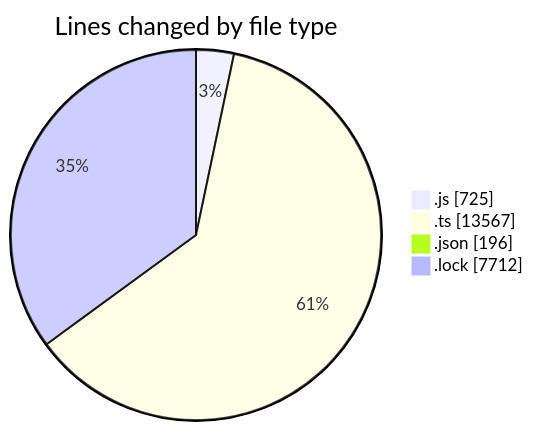
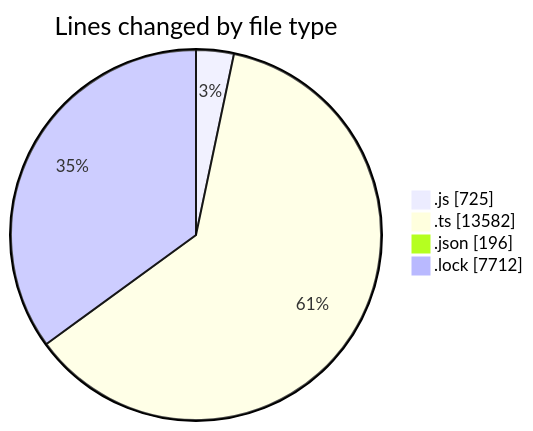
Before and after one commit to momahboobian/code-tracking: the first of 2 diagrams in 2025-05-29/cda/README.md, drawn with Mermaid. The commit also changed other lines of this file and 1 other file, not shown here.

````diff
--- a/2025-05-29/cda/README.md
+++ b/2025-05-29/cda/README.md
@@ -36,8 +36,8 @@
 ```mermaid
 pie showData
 title Lines changed by file type
 ".js" : 725
-".ts" : 13567
+".ts" : 13582
 ".json" : 196
 ".lock" : 7712
 ```
````
